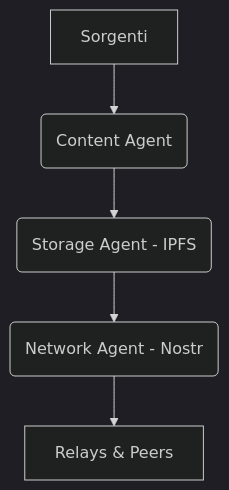
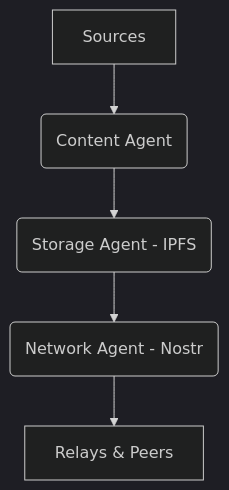
Before and after one commit to alby69/agentmesh: the diagram in apps/podcast-generator/README.md, drawn with Mermaid (dark theme). The commit also changed other lines of this file and 13 other files, not shown here.

First line of the commit message:
docs: complete refactoring, translation to English, and v3+ roadmap update

````diff
--- a/apps/podcast-generator/README.md
+++ b/apps/podcast-generator/README.md
@@ -30,7 +34,7 @@
 ```mermaid
 graph TD
-    A[Sorgenti] --> B(Content Agent)
+    A[Sources] --> B(Content Agent)
     B --> C(Storage Agent - IPFS)
     C --> D(Network Agent - Nostr)
     D --> E[Relays & Peers]
 ```
````
